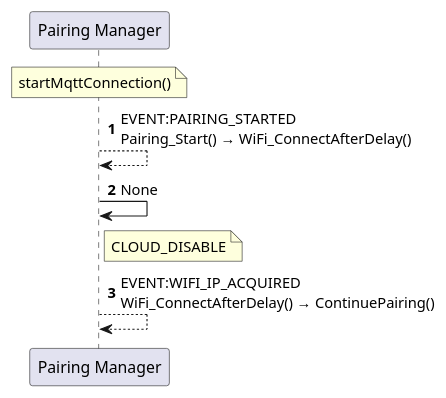
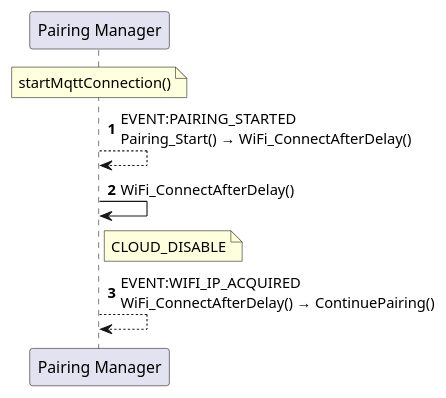
The diagram in docs/generated/sequences/REQ-0252.puml (tvanfossen/doxygen-guard), drawn with PlantUML before and after one commit. The commit also changed 7 other files, not shown here.

First line of the commit message:
Call graph from body scanning: real sequence diagrams

```diff
--- a/docs/generated/sequences/REQ-0252.puml
+++ b/docs/generated/sequences/REQ-0252.puml
@@ -1,13 +1,13 @@
 @startuml REQ-0252
 autonumber
 
 participant "Pairing Manager" as Pairing_Manager
 
 note over Pairing_Manager: startMqttConnection()
 
 Pairing_Manager --> Pairing_Manager: EVENT:PAIRING_STARTED\nPairing_Start() → WiFi_ConnectAfterDelay()
-Pairing_Manager -> Pairing_Manager: None
+Pairing_Manager -> Pairing_Manager: WiFi_ConnectAfterDelay()
 note right of Pairing_Manager: CLOUD_DISABLE
 Pairing_Manager --> Pairing_Manager: EVENT:WIFI_IP_ACQUIRED\nWiFi_ConnectAfterDelay() → ContinuePairing()
 
 @enduml
```
